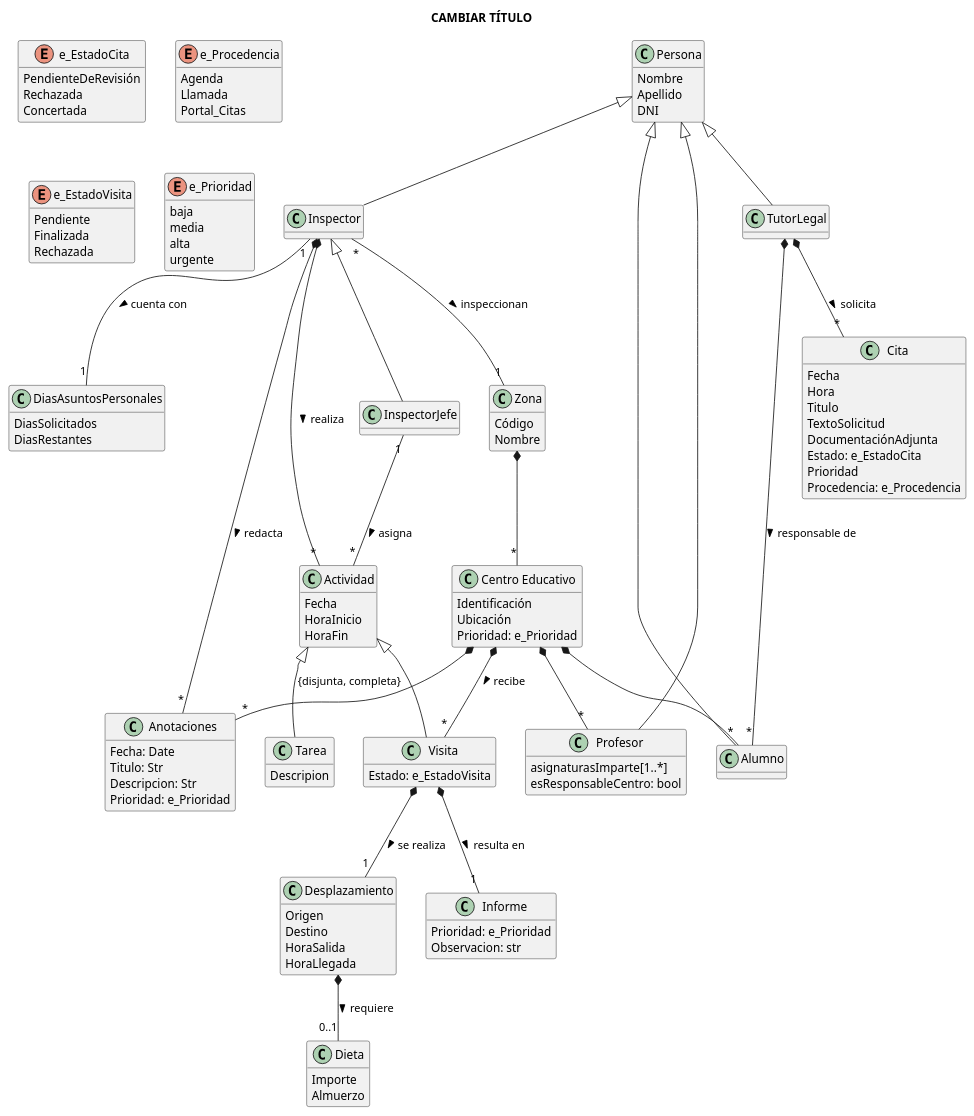
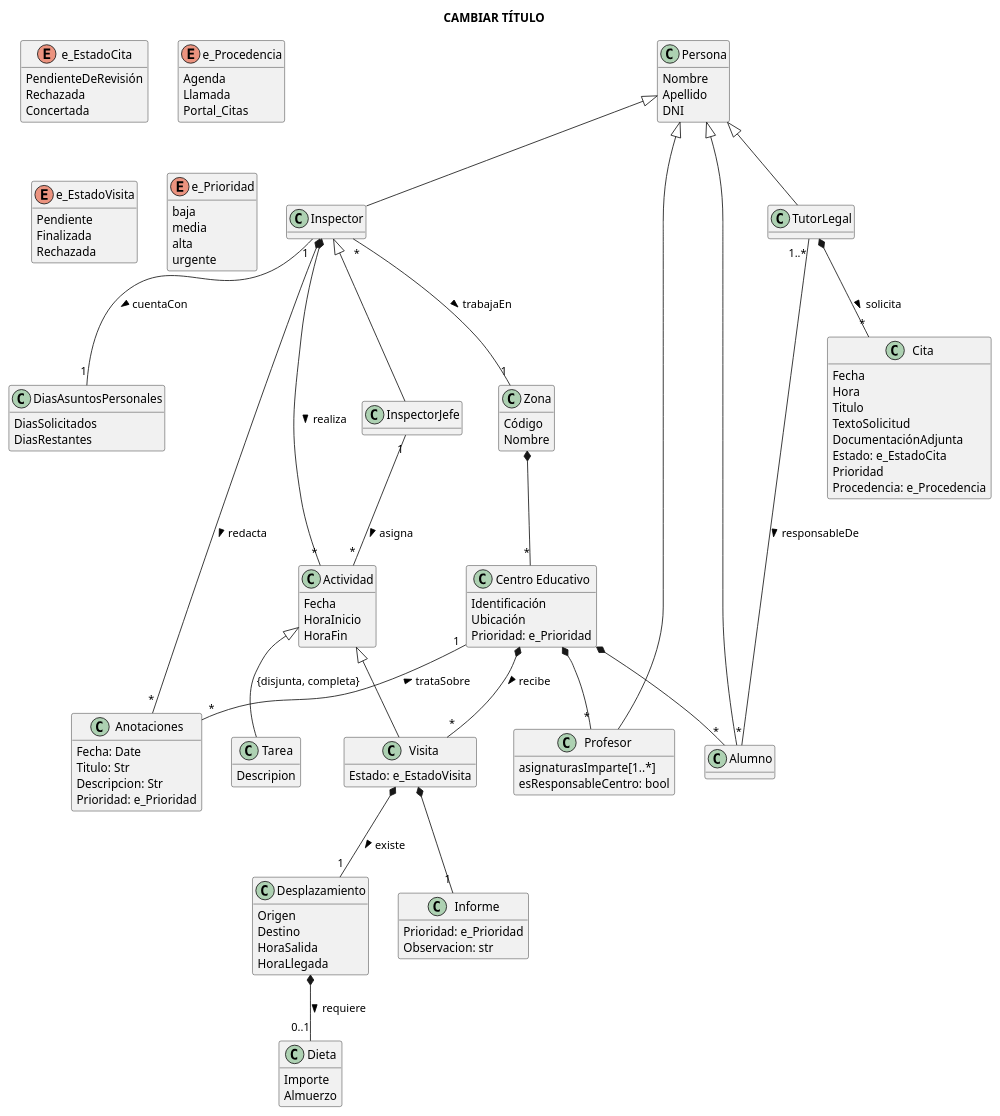
Before and after one commit to lorenzomaranon/ProyectoBD_Inspeccion_Educativa: the diagram in docs/modelado_conceptual.puml, drawn with PlantUML.

Commit message:
Reescribo las asociaciones

```diff
--- a/docs/modelado_conceptual.puml
+++ b/docs/modelado_conceptual.puml
@@ -212,20 +212,20 @@
 Actividad <|-- Tarea: {disjunta, completa}
 
 Zona *-- "*" CentroEducativo
-Inspector "*" -- "1" Zona: inspeccionan >
+Inspector "*" -- "1" Zona: trabajaEn >
 Inspector *-- "*" Anotaciones: redacta >
 Inspector *-- "*" Actividad: realiza >
-Inspector "1" -- "1" DiasAsuntosPersonales: > cuenta con
-TutorLegal *-- "*" Alumno : responsable de > 
+Inspector "1" -- "1" DiasAsuntosPersonales: > cuentaCon
+TutorLegal "1..*" -- "*" Alumno : responsableDe > 
 TutorLegal *-- "*" Cita : solicita >
-Visita *-- "1" Informe: resulta en >
-Visita *-- "1" Desplazamiento : se realiza >
+Visita *-- "1" Informe
+Visita *-- "1" Desplazamiento : existe >
 Desplazamiento *-- "0..1" Dieta : requiere >
 InspectorJefe "1" -- "*" Actividad : asigna > 
 CentroEducativo *-- "*" Visita: recibe >
 CentroEducativo *-- "*" Alumno
 CentroEducativo *-- "*" Profesor
-CentroEducativo *-- "*" Anotaciones
+CentroEducativo "1" -- "*" Anotaciones: trataSobre <
 
 
 
```
